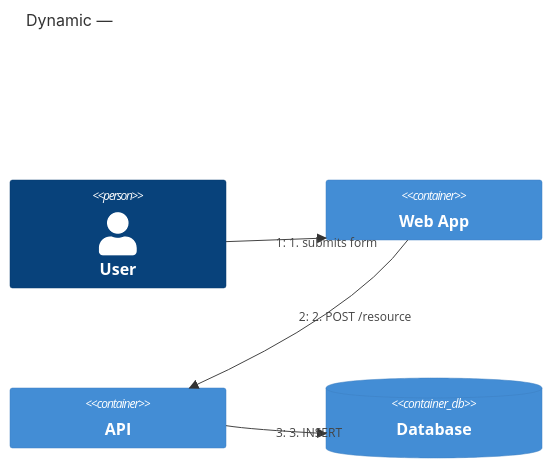
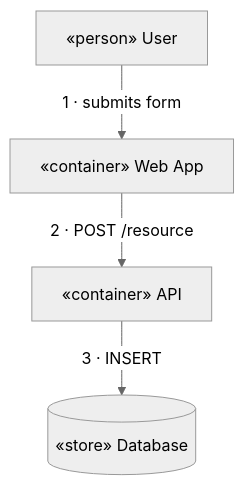
Before and after one commit to ccosming/skills: the fourth of 11 diagrams in references/diagrams.md, drawn with Mermaid. The commit also changed other lines of this file and 5 other files, not shown here.

First line of the commit message:
refactor(diagrams): render every view as a monochrome neutral flowchart

````diff
--- a/references/diagrams.md
+++ b/references/diagrams.md
@@ -79,11 +91,11 @@
 ```mermaid
-C4Dynamic
-  title Dynamic — <flow>
-  Person(user, "User")
-  Container(web, "Web App")
-  Container(api, "API")
-  ContainerDb(db, "Database")
-  Rel(user, web, "1. submits form")
-  Rel(web, api, "2. POST /resource")
-  Rel(api, db, "3. INSERT")
+%%{init: {'theme':'neutral'}}%%
+flowchart TD
+  user["«person» User"]
+  web["«container» Web App"]
+  api["«container» API"]
+  db[("«store» Database")]
+  user -->|"1 · submits form"| web
+  web -->|"2 · POST /resource"| api
+  api -->|"3 · INSERT"| db
 ```
````
